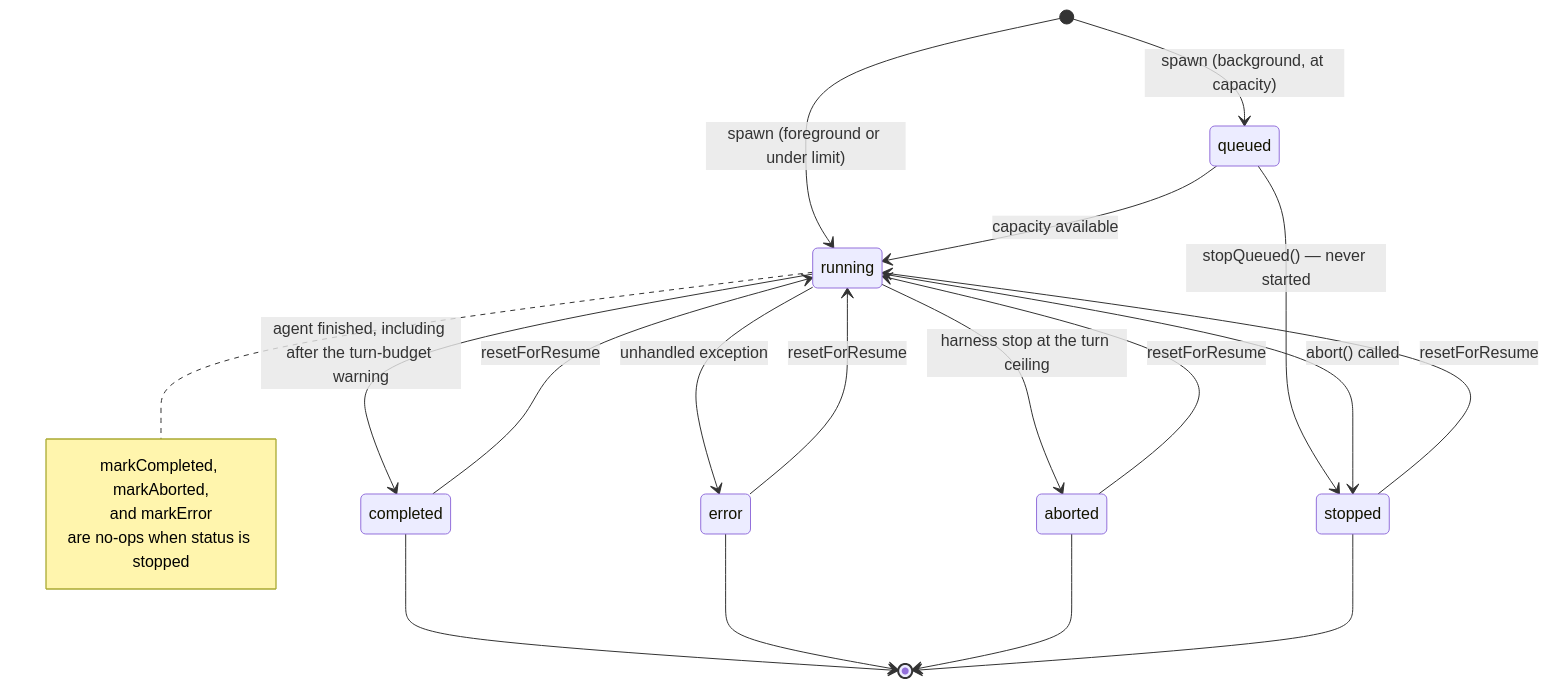
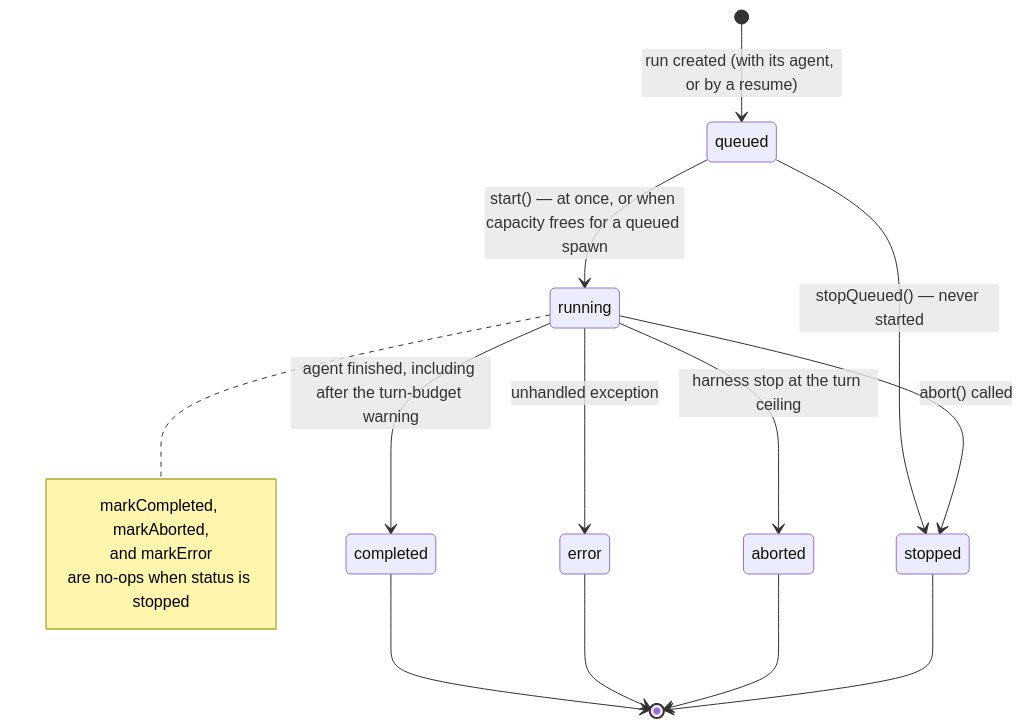
The third of 6 diagrams in docs/architecture/architecture.md (ttdua/pi-subagents), drawn with Mermaid before and after one commit. The commit also changed other lines of this file, not shown here.

First line of the commit message:
docs(pi-subagents): record that each run owns its outcome

````diff
--- a/docs/architecture/architecture.md
+++ b/docs/architecture/architecture.md
@@ -255,25 +273,20 @@
 ```mermaid
 stateDiagram-v2
-    [*] --> queued : spawn (background, at capacity)
-    [*] --> running : spawn (foreground or under limit)
-    queued --> running : capacity available
+    [*] --> queued : run created (with its agent, or by a resume)
+    queued --> running : start() — at once, or when capacity frees for a queued spawn
     queued --> stopped : stopQueued() — never started
     running --> completed : agent finished, including after the turn-budget warning
     running --> error : unhandled exception
     running --> aborted : harness stop at the turn ceiling
     running --> stopped : abort() called
-    completed --> running : resetForResume
-    stopped --> running : resetForResume
-    error --> running : resetForResume
-    aborted --> running : resetForResume
     completed --> [*]
     error --> [*]
     aborted --> [*]
     stopped --> [*]
 
     note right of running
         markCompleted, markAborted,
         and markError
         are no-ops when status is stopped
     end note
 ```
````
